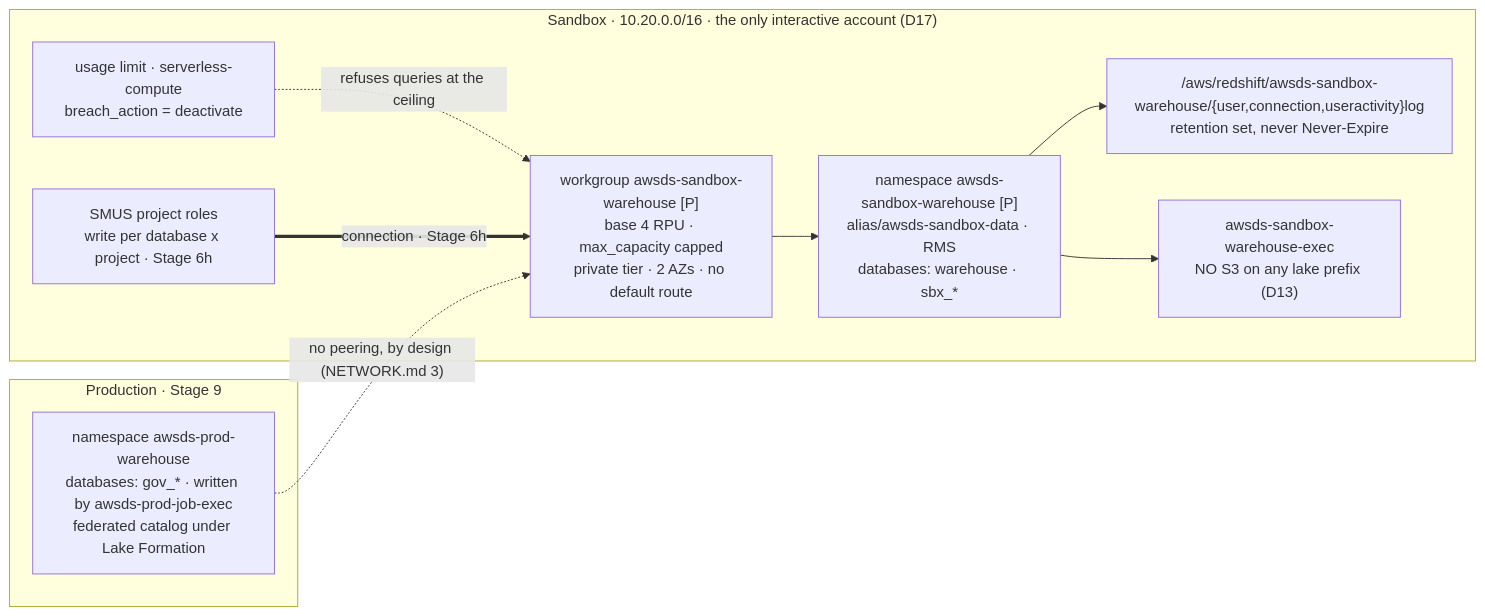
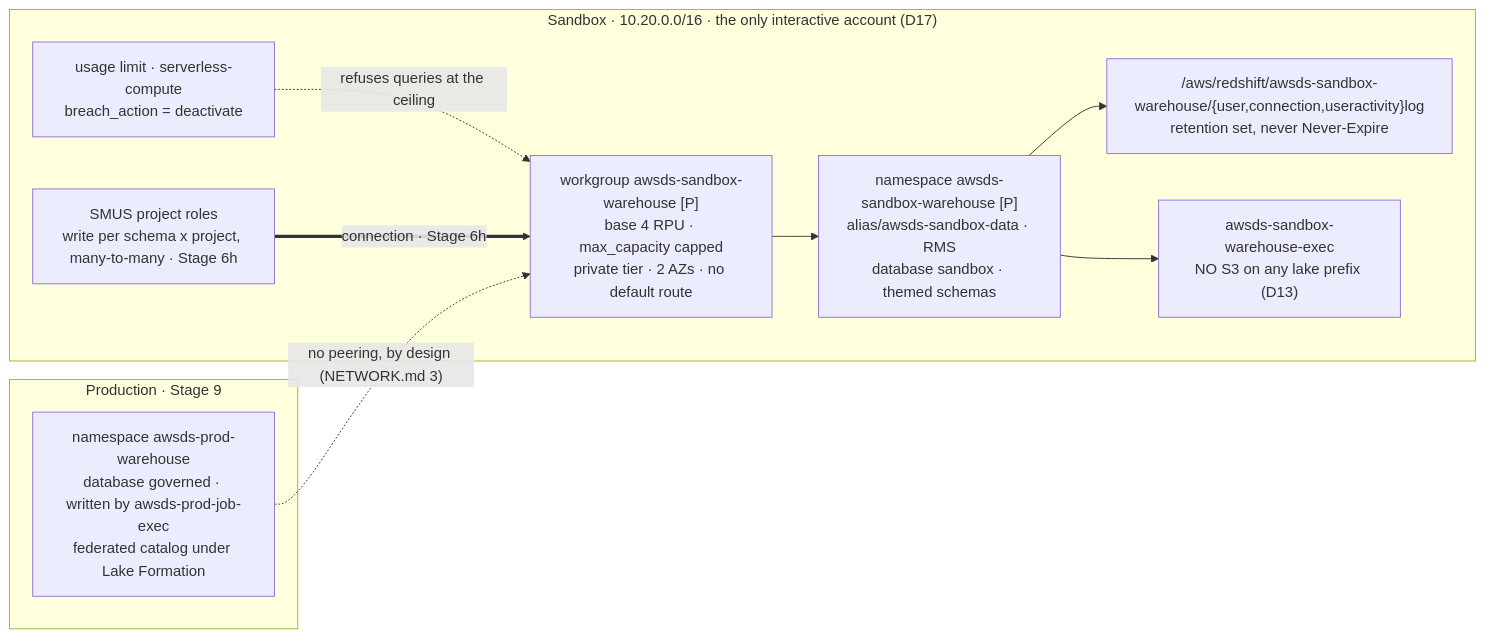
Before and after one commit to felipenoris/AWS-DataScience: the diagram in docs/plan/stages/stage-05b-redshift-serverless.md, drawn with Mermaid. The commit also changed other lines of this file and 14 other files, not shown here.

````diff
--- a/docs/plan/stages/stage-05b-redshift-serverless.md
+++ b/docs/plan/stages/stage-05b-redshift-serverless.md
@@ -55,20 +57,20 @@
 ```mermaid
 flowchart LR
     subgraph SBX["Sandbox · 10.20.0.0/16 · the only interactive account (D17)"]
         WG["workgroup awsds-sandbox-warehouse [P]<br/>base 4 RPU · max_capacity capped<br/>private tier · 2 AZs · no default route"]
-        NS["namespace awsds-sandbox-warehouse [P]<br/>alias/awsds-sandbox-data · RMS<br/>databases: warehouse · sbx_*"]
+        NS["namespace awsds-sandbox-warehouse [P]<br/>alias/awsds-sandbox-data · RMS<br/>database sandbox · themed schemas"]
         UL["usage limit · serverless-compute<br/>breach_action = deactivate"]
         LG["/aws/redshift/awsds-sandbox-warehouse/{user,connection,useractivity}log<br/>retention set, never Never-Expire"]
         ROLE["awsds-sandbox-warehouse-exec<br/>NO S3 on any lake prefix (D13)"]
-        PRJ["SMUS project roles<br/>write per database x project · Stage 6h"]
+        PRJ["SMUS project roles<br/>write per schema x project, many-to-many · Stage 6h"]
     end
     subgraph PRD["Production · Stage 9"]
-        GOV["namespace awsds-prod-warehouse<br/>databases: gov_* · written by awsds-prod-job-exec<br/>federated catalog under Lake Formation"]
+        GOV["namespace awsds-prod-warehouse<br/>database governed · written by awsds-prod-job-exec<br/>federated catalog under Lake Formation"]
     end
     WG --> NS
     UL -.->|"refuses queries at the ceiling"| WG
     NS --> LG
     NS --> ROLE
     PRJ ==>|"connection · Stage 6h"| WG
     GOV -.->|"no peering, by design (NETWORK.md 3)"| WG
 ```
````
